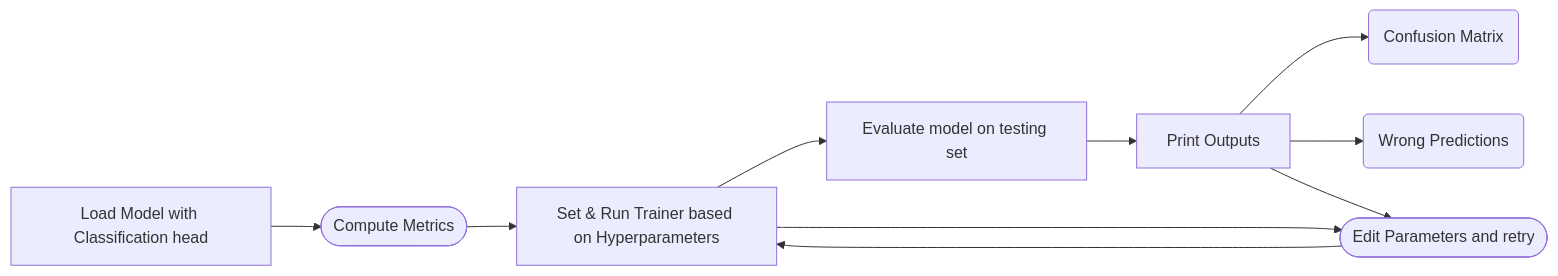
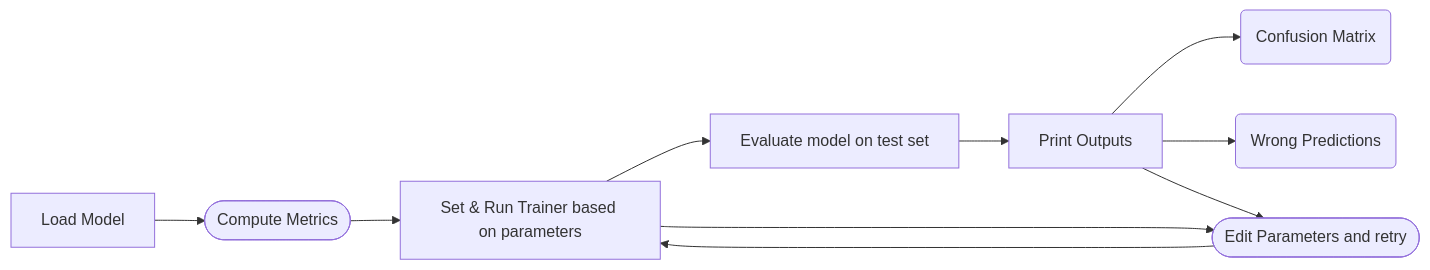
Before and after one commit to IGS1I/guided-TakeMeter: the diagram in README.md, drawn with Mermaid. The commit also changed other lines of this file, not shown here.

````diff
--- a/README.md
+++ b/README.md
@@ -141,13 +141,13 @@
 ```mermaid
 ---
 Title: Fine-Tuning PipeLine for distilbert-base-uncased model
 ---
 graph LR
-  A[Load Model with Classification head] --> B([Compute Metrics]) --> C[Set & Run Trainer based on Hyperparameters] --> D[Evaluate model on testing set] --> E[Print Outputs]
+  A[Load Model] --> B([Compute Metrics]) --> C[Set & Run Trainer based on parameters] --> D[Evaluate model on test set] --> E[Print Outputs]
 
   C --> H([Edit Parameters and retry]) --> C
 
   E --> F(Confusion Matrix)
   E --> G(Wrong Predictions)
   E --> H
 ```
````
